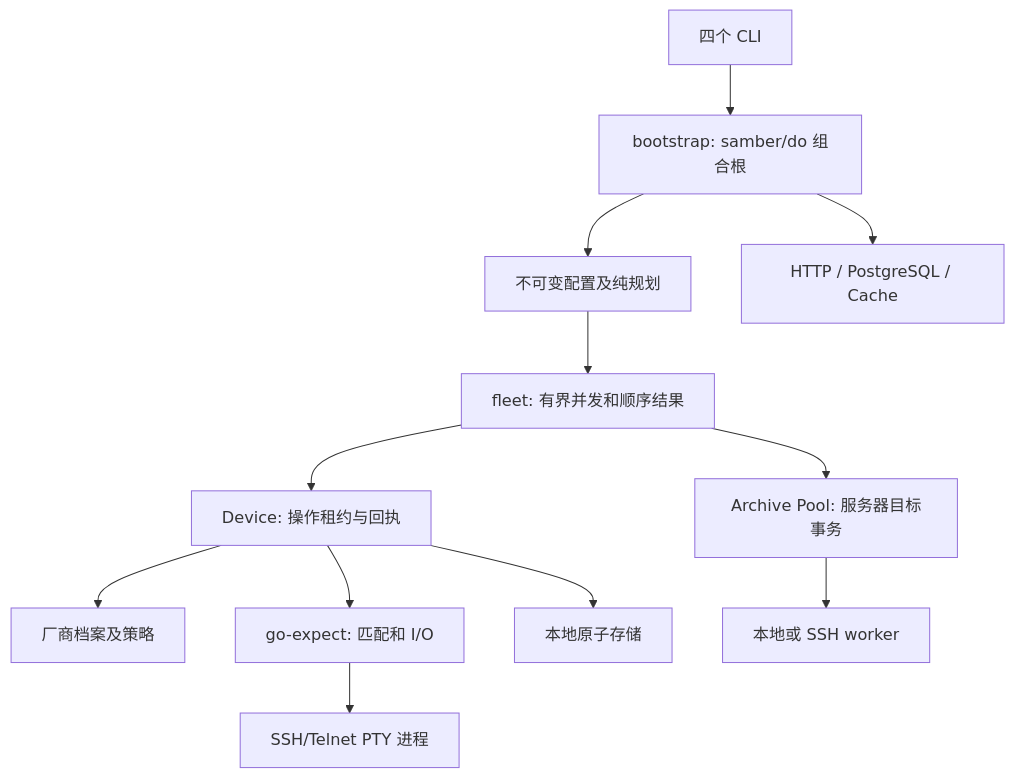
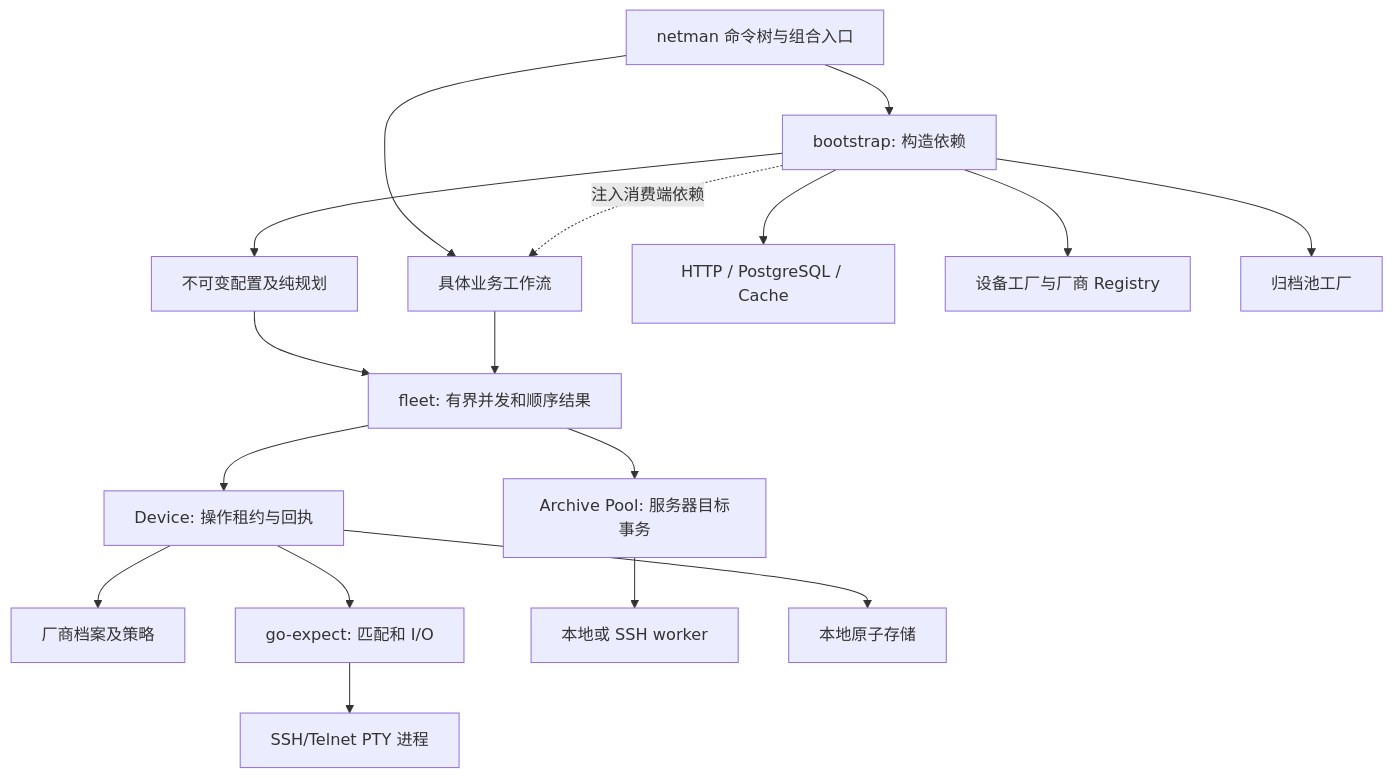
One commit to gatework/go-net-connector changed the first of 2 diagrams in docs/architecture.md. Above: the diagram before and after it, drawn with Mermaid. The commit also changed other lines of this file and 369 other files, not shown here.

````diff
--- a/docs/architecture.md
+++ b/docs/architecture.md
@@ -3,14 +3,19 @@
 ```mermaid
 flowchart TD
-  CLI[四个 CLI] --> Bootstrap[bootstrap: samber/do 组合根]
+  CLI[netman 命令树与组合入口] --> Bootstrap[bootstrap: 构造依赖]
+  CLI --> Workflow[具体业务工作流]
+  Bootstrap -. 注入消费端依赖 .-> Workflow
   Bootstrap --> Policy[不可变配置及纯规划]
   Bootstrap --> Source[HTTP / PostgreSQL / Cache]
+  Bootstrap --> DeviceFactory[设备工厂与厂商 Registry]
+  Bootstrap --> ArchiveFactory[归档池工厂]
   Policy --> Fleet[fleet: 有界并发和顺序结果]
+  Workflow --> Fleet
   Fleet --> Device[Device: 操作租约与回执]
   Device --> Profile[厂商档案及策略]
   Device --> Expect[go-expect: 匹配和 I/O]
   Expect --> Transport[SSH/Telnet PTY 进程]
   Fleet --> Archive[Archive Pool: 服务器目标事务]
   Archive --> Worker[本地或 SSH worker]
   Device --> Storage[本地原子存储]
 ```
````
